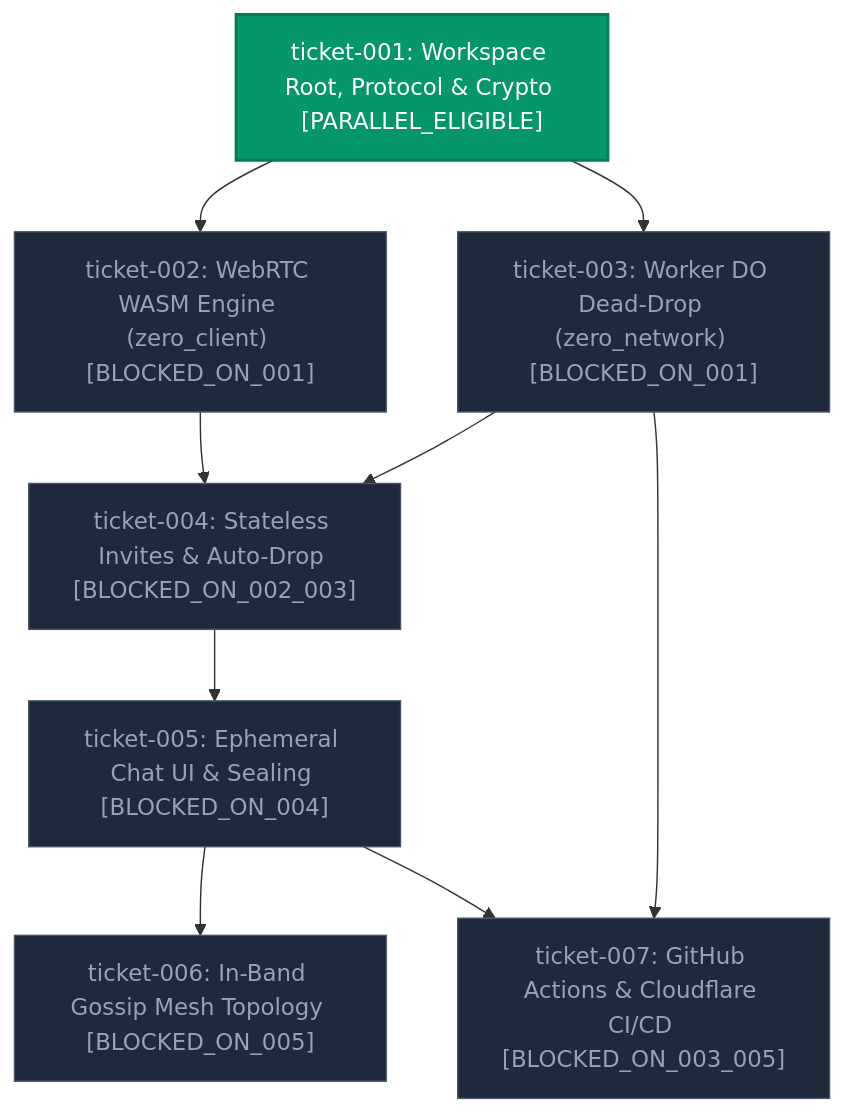
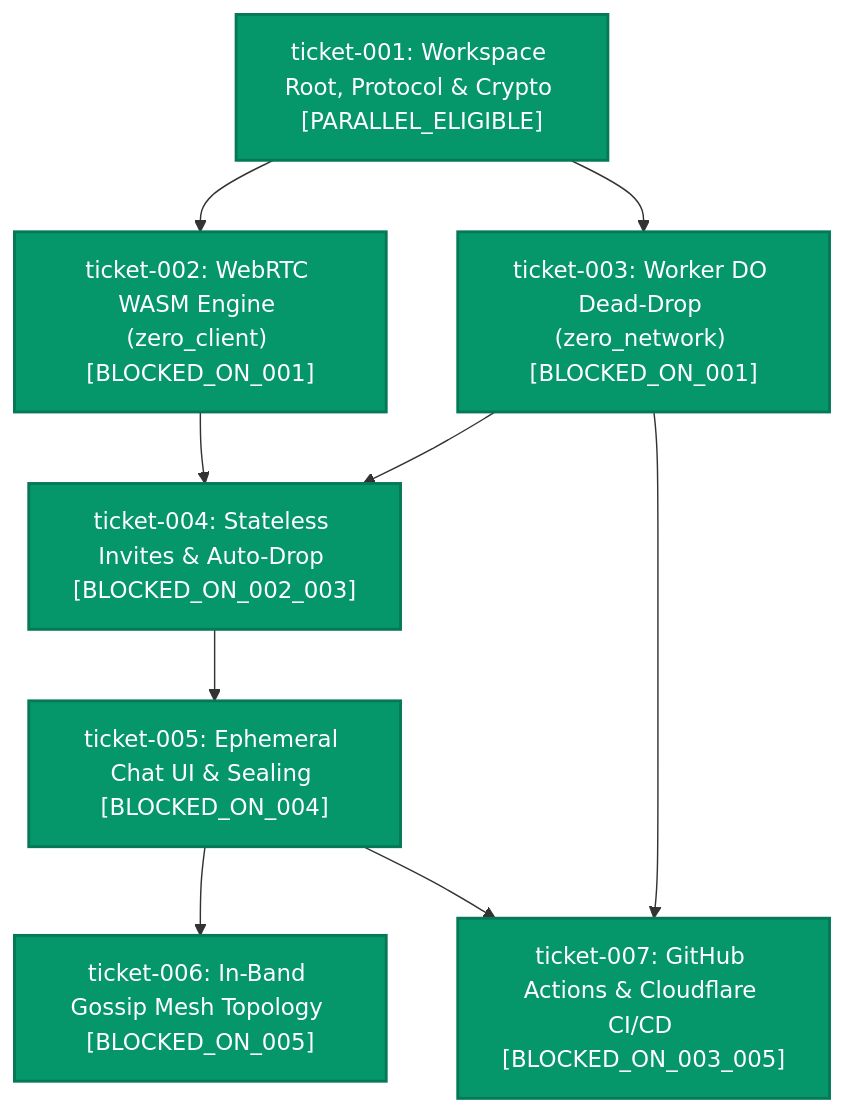
The diagram in openspec/roadmaps/serverless-p2p-chat.md (MACourtney7/zero-chat), drawn with Mermaid before and after one commit. The commit also changed other lines of this file, not shown here.

Commit message:
docs: record ticket-005 completion and unlock parallel tracks ticket-006 and ticket-007

````diff
--- a/openspec/roadmaps/serverless-p2p-chat.md
+++ b/openspec/roadmaps/serverless-p2p-chat.md
@@ -56,24 +56,23 @@
 ```mermaid
 flowchart TD
     T001["ticket-001: Workspace Root, Protocol & Crypto [PARALLEL_ELIGIBLE]"]
     T002["ticket-002: WebRTC WASM Engine (zero_client) [BLOCKED_ON_001]"]
     T003["ticket-003: Worker DO Dead-Drop (zero_network) [BLOCKED_ON_001]"]
     T004["ticket-004: Stateless Invites & Auto-Drop [BLOCKED_ON_002_003]"]
     T005["ticket-005: Ephemeral Chat UI & Sealing [BLOCKED_ON_004]"]
     T006["ticket-006: In-Band Gossip Mesh Topology [BLOCKED_ON_005]"]
     T007["ticket-007: GitHub Actions & Cloudflare CI/CD [BLOCKED_ON_003_005]"]
 
     T001 --> T002
     T001 --> T003
     T002 --> T004
     T003 --> T004
     T004 --> T005
     T005 --> T006
     T003 --> T007
     T005 --> T007
 
     classDef parallel fill:#059669,stroke:#047857,stroke-width:2px,color:#ffffff;
     classDef blocked fill:#1e293b,stroke:#475569,stroke-width:1px,color:#94a3b8;
-    class T001 parallel;
-    class T002,T003,T004,T005,T006,T007 blocked;
+    class T001,T002,T003,T004,T005,T006,T007 parallel;
 ```
````
